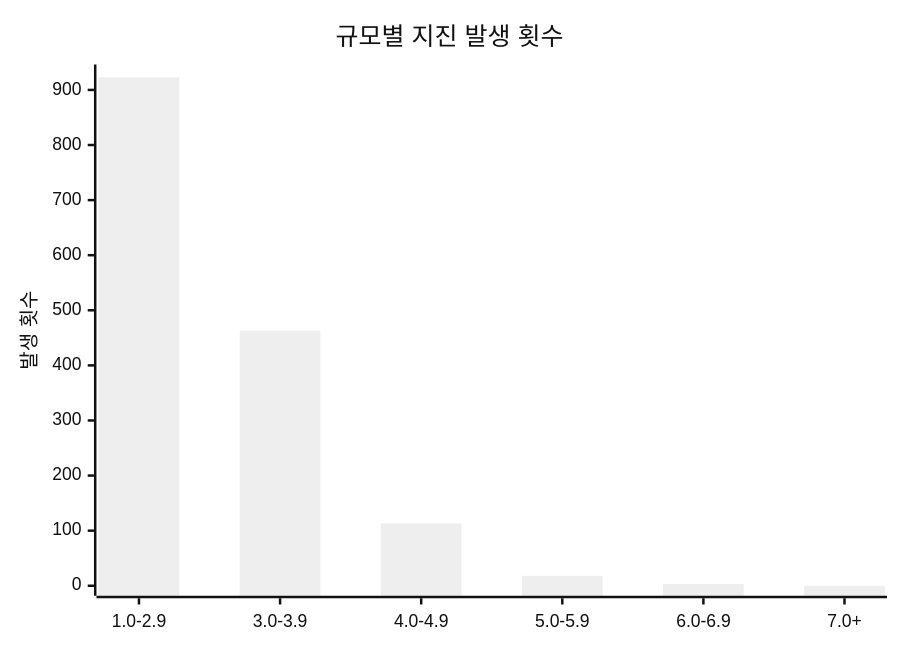
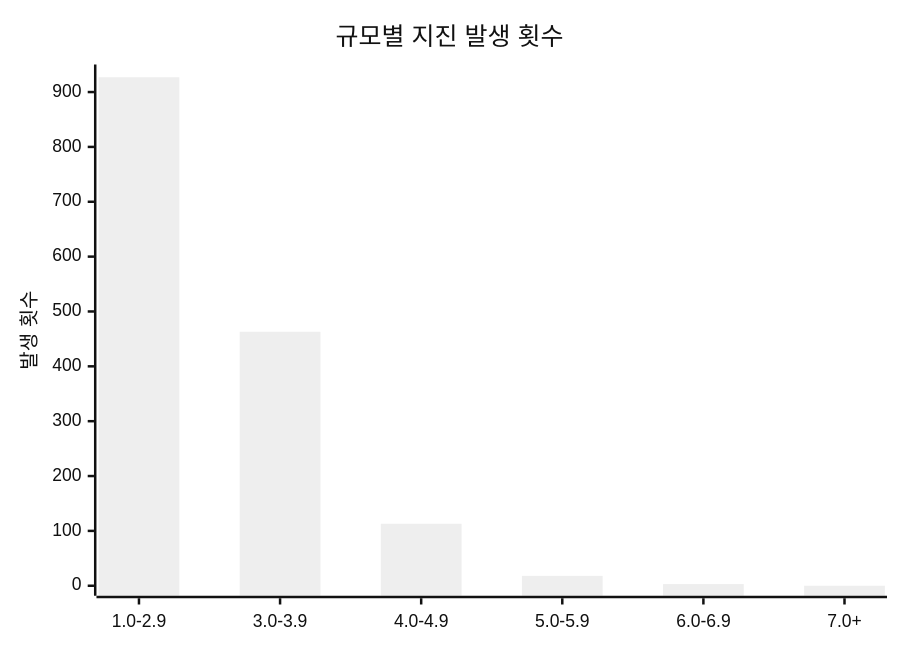
One commit to serendip811/japan-eq changed the diagram in charts/magnitude-chart.md. Above: the diagram before and after it, drawn with Mermaid (neutral theme). The commit also changed other lines of this file and 5 other files, not shown here.

Commit message:
Update earthquake data and charts Sun Jul  6 18:04:48 UTC 2025

````diff
--- a/charts/magnitude-chart.md
+++ b/charts/magnitude-chart.md
@@ -3,7 +3,7 @@
 ```mermaid
 xychart-beta
     title "규모별 지진 발생 횟수"
     x-axis [1.0-2.9, 3.0-3.9, 4.0-4.9, 5.0-5.9, 6.0-6.9, 7.0+]
-    y-axis "발생 횟수" 0 --> 928
-    bar [923, 463, 113, 18, 3, 0]
+    y-axis "발생 횟수" 0 --> 932
+    bar [927, 463, 113, 18, 3, 0]
 ```
````
